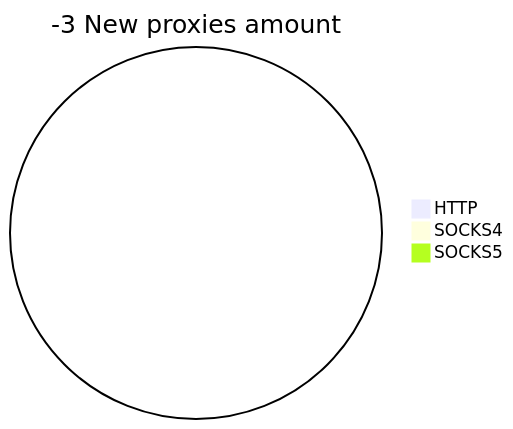
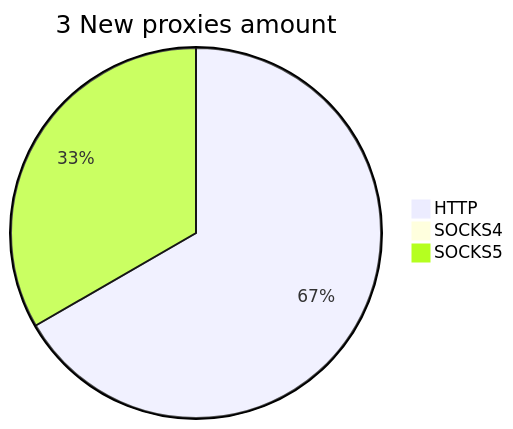
The second of 2 diagrams in README.md (cutipu/proxylist), drawn with Mermaid before and after one commit. The commit also changed other lines of this file, not shown here.

````diff
--- a/README.md
+++ b/README.md
@@ -17,6 +17,6 @@
 ```mermaid
-pie title -3 New proxies amount
-    "HTTP" : 0
+pie title 3 New proxies amount
+    "HTTP" : 2
     "SOCKS4" : 0
-    "SOCKS5" : 0
+    "SOCKS5" : 1
 ```
````
